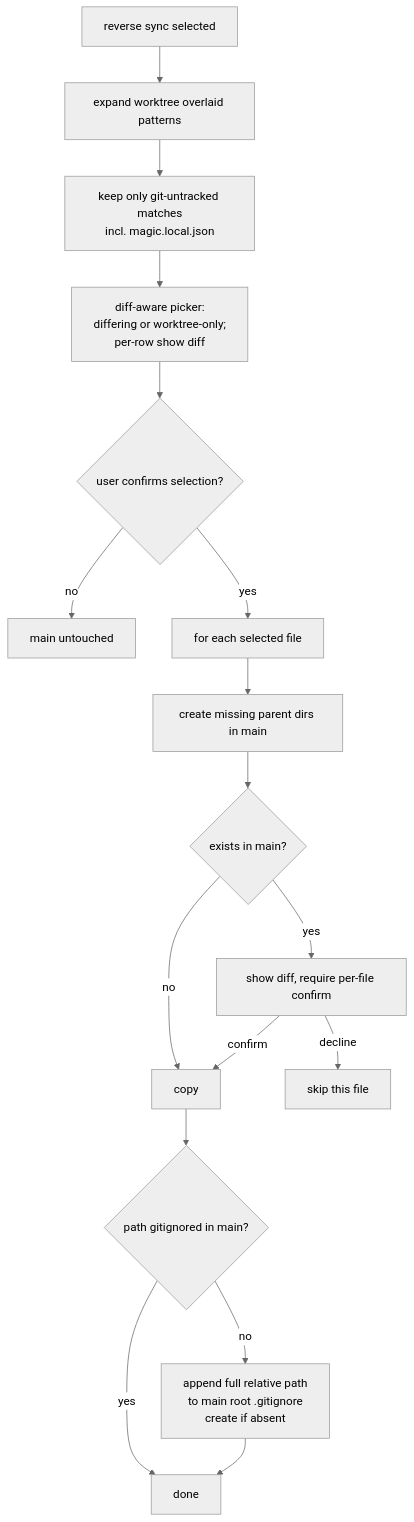
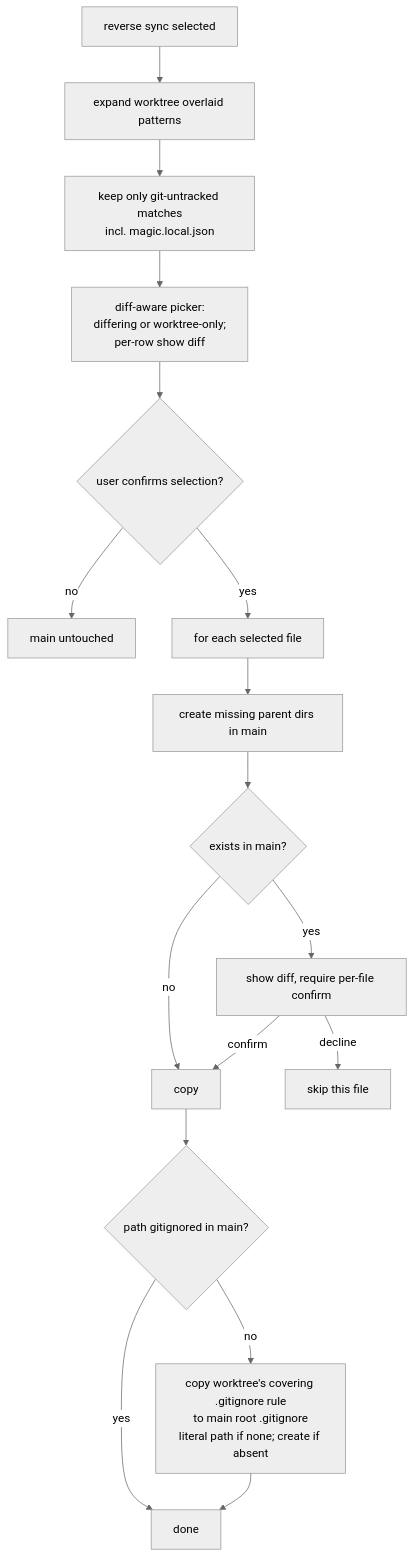
The third of 3 diagrams in docs/plans/2026-06-17-001-feat-ss-magic-self-updating-cli-plan.md (ViktorStiskala/superset-magic), drawn with Mermaid (neutral theme) before and after one commit. The commit also changed other lines of this file, not shown here.

````diff
--- a/docs/plans/2026-06-17-001-feat-ss-magic-self-updating-cli-plan.md
+++ b/docs/plans/2026-06-17-001-feat-ss-magic-self-updating-cli-plan.md
@@ -207,19 +213,19 @@
 ```mermaid
 flowchart TB
   A[reverse sync selected] --> B[expand worktree overlaid patterns]
   B --> C[keep only git-untracked matches<br/>incl. magic.local.json]
   C --> D[diff-aware picker:<br/>differing or worktree-only;<br/>per-row show diff]
   D --> E{user confirms selection?}
   E -->|no| Z[main untouched]
   E -->|yes| F[for each selected file]
   F --> G[create missing parent dirs in main]
   G --> H{exists in main?}
   H -->|yes| I[show diff, require per-file confirm]
   H -->|no| J[copy]
   I -->|confirm| J
   I -->|decline| K[skip this file]
   J --> L{path gitignored in main?}
   L -->|yes| M[done]
-  L -->|no| N[append full relative path<br/>to main root .gitignore<br/>create if absent]
+  L -->|no| N[copy worktree's covering .gitignore rule<br/>to main root .gitignore<br/>literal path if none; create if absent]
   N --> M
 ```
````
